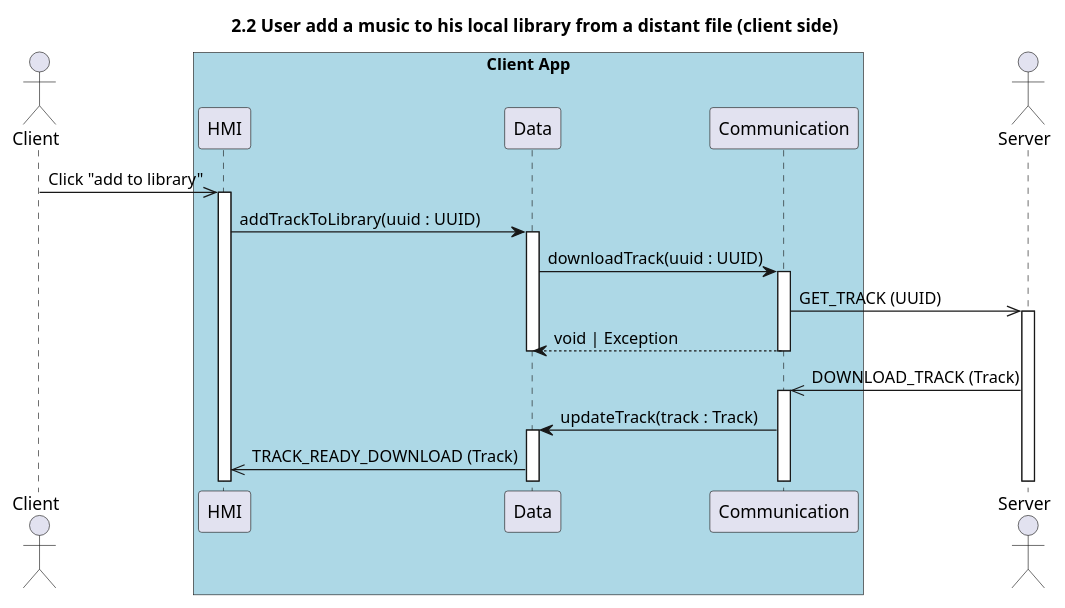
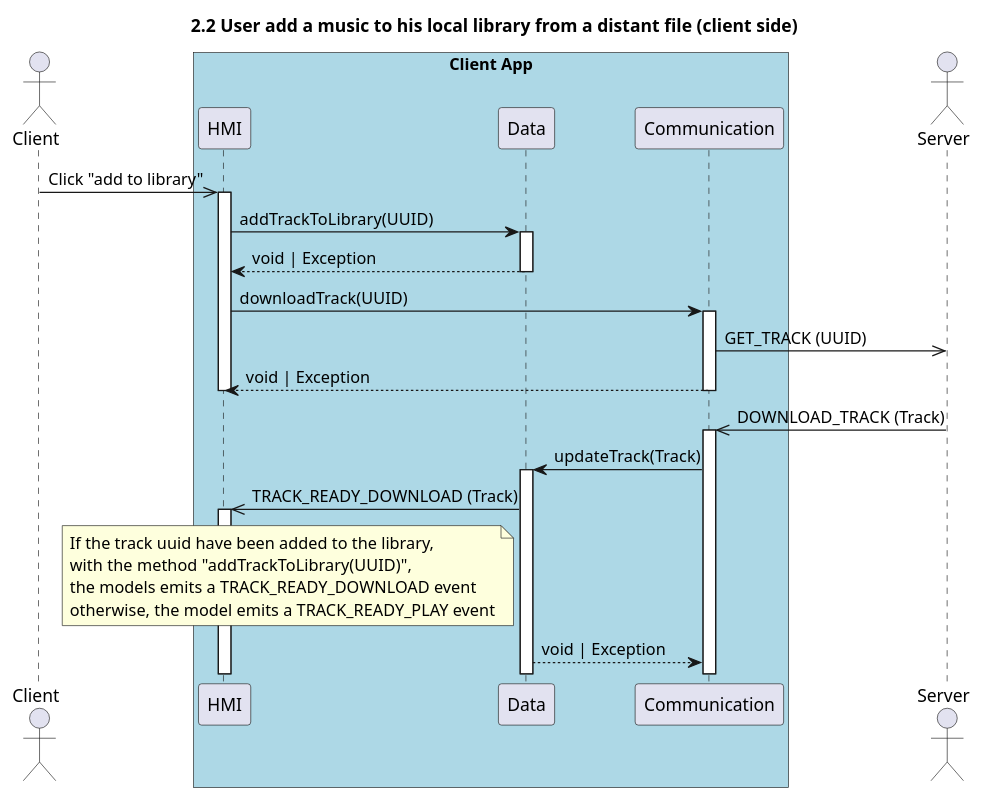
Before and after one commit to UTCAI12/Diagrams: the diagram in sequence/2.2.download_music_client.puml, drawn with PlantUML. The commit also changed 7 other files, not shown here.

```diff
--- a/sequence/2.2.download_music_client.puml
+++ b/sequence/2.2.download_music_client.puml
@@ -1,26 +1,33 @@
 @startuml 2.2 User add a music to his local library from a distant file (client side)
 title 2.2 User add a music to his local library from a distant file (client side)
 
-actor Client
+actor "Client" as client
 box "Client App" #LightBlue
-    participant HMI
-    participant Data
-    participant Communication
+    participant "HMI" as hmi
+    participant "Data" as data
+    participant "Communication" as com
 end box
 
-actor Server 
+actor "Server" as server
 
-Client ->> HMI++: Click "add to library"
+client ->> hmi++: Click "add to library"
 
-HMI -> Data++: addTrackToLibrary(uuid : UUID)
-Data -> Communication++: downloadTrack(uuid : UUID)
-Communication ->> Server++: GET_TRACK (UUID)
-Communication --> Data: void | Exception
-deactivate Data
-deactivate Communication
+hmi->data++: addTrackToLibrary(UUID)
+return void | Exception
+hmi -> com++: downloadTrack(UUID)
+com ->> server: GET_TRACK (UUID)
+return void | Exception
+deactivate hmi
 
-Server ->> Communication++: DOWNLOAD_TRACK (Track) 
-Communication -> Data++: updateTrack(track : Track)
-Data->>HMI: TRACK_READY_DOWNLOAD (Track) 
+server ->> com++: DOWNLOAD_TRACK (Track) 
+com -> data++: updateTrack(Track)
+data->>hmi++: TRACK_READY_DOWNLOAD (Track) 
+note left of data
+    If the track uuid have been added to the library,
+    with the method "addTrackToLibrary(UUID)",
+    the models emits a TRACK_READY_DOWNLOAD event
+    otherwise, the model emits a TRACK_READY_PLAY event
+endnote 
+data-->com: void | Exception
 
 @enduml
```
